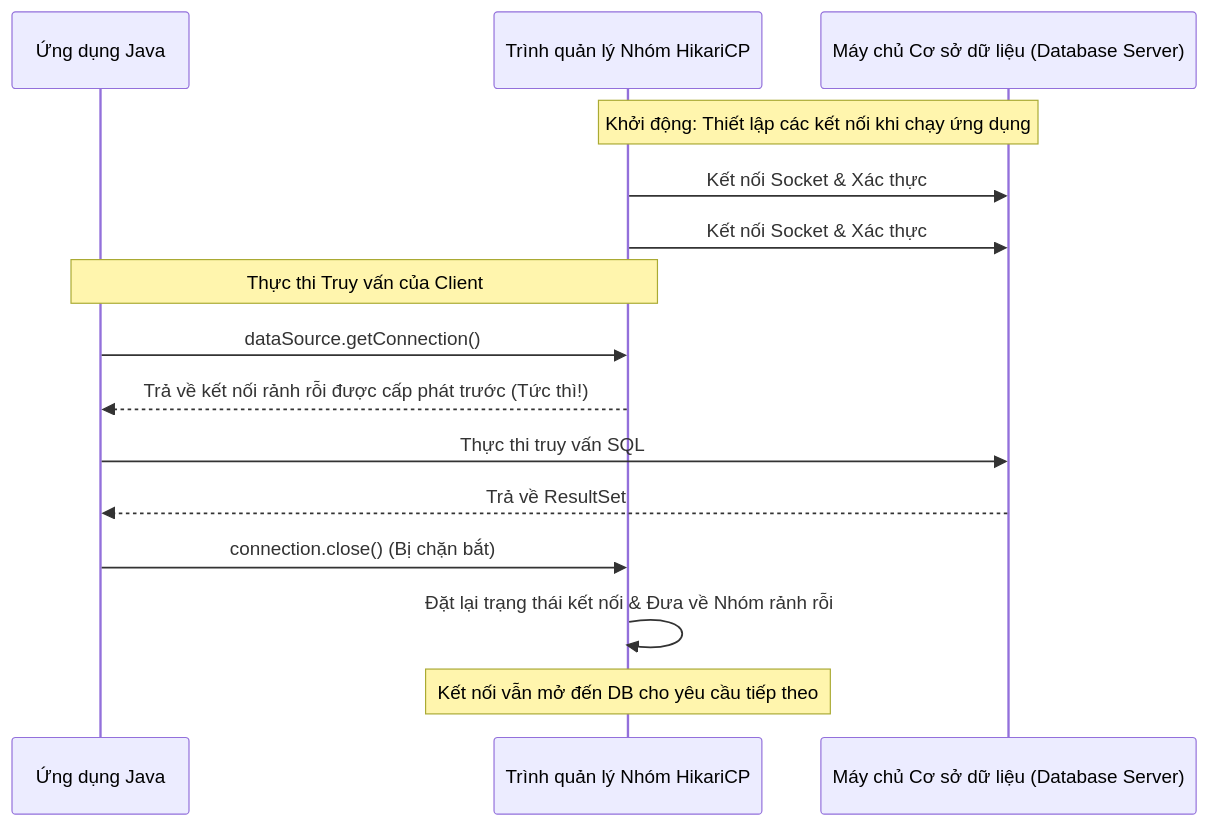
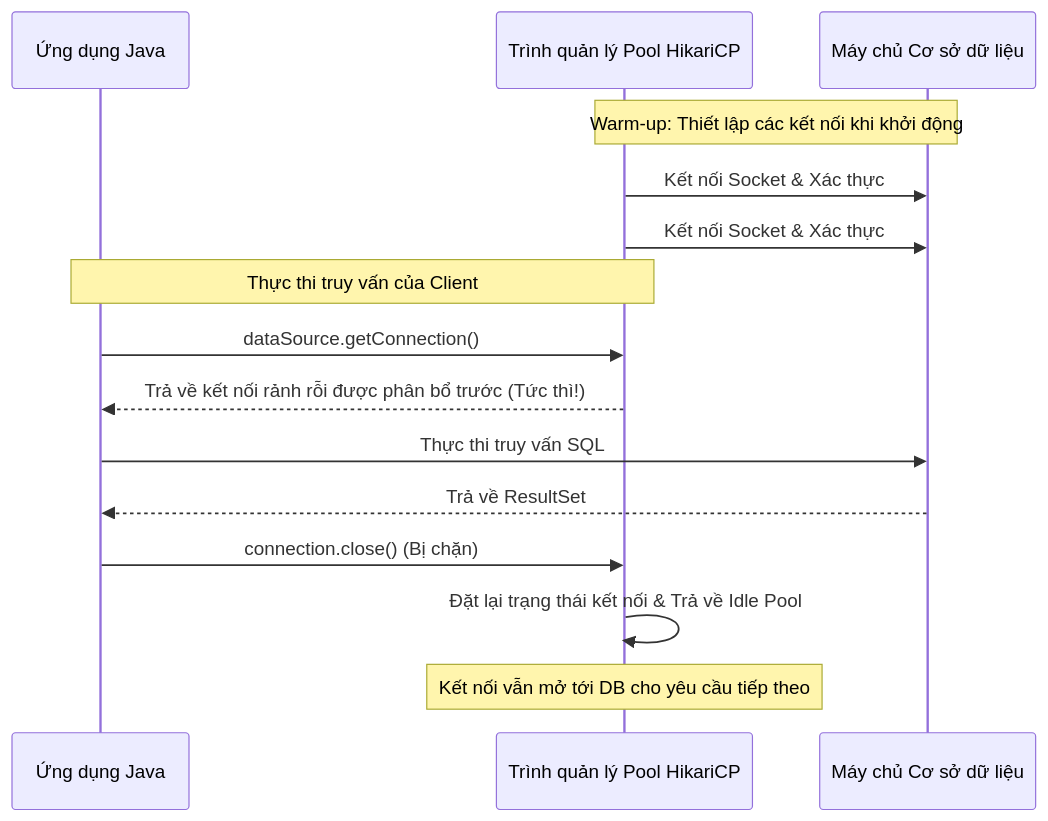
Before and after one commit to PhuThien2005/theoretical-of-java-core: the second of 2 diagrams in vi/34-jdbc/theory/02-rollback-concepts.md, drawn with Mermaid. The commit also changed other lines of this file and 229 other files, not shown here.

````diff
--- a/vi/34-jdbc/theory/02-rollback-concepts.md
+++ b/vi/34-jdbc/theory/02-rollback-concepts.md
@@ -253,19 +245,19 @@
 ```mermaid
 sequenceDiagram
     participant App as Ứng dụng Java
-    participant Pool as Trình quản lý Nhóm HikariCP
-    participant DB as Máy chủ Cơ sở dữ liệu (Database Server)
+    participant Pool as Trình quản lý Pool HikariCP
+    participant DB as Máy chủ Cơ sở dữ liệu
     
-    Note over Pool,DB: Khởi động: Thiết lập các kết nối khi chạy ứng dụng
+    Note over Pool,DB: Warm-up: Thiết lập các kết nối khi khởi động
     Pool->>DB: Kết nối Socket & Xác thực
     Pool->>DB: Kết nối Socket & Xác thực
     
-    Note over App,Pool: Thực thi Truy vấn của Client
+    Note over App,Pool: Thực thi truy vấn của Client
     App->>Pool: dataSource.getConnection()
-    Pool-->>App: Trả về kết nối rảnh rỗi được cấp phát trước (Tức thì!)
+    Pool-->>App: Trả về kết nối rảnh rỗi được phân bổ trước (Tức thì!)
     App->>DB: Thực thi truy vấn SQL
     DB-->>App: Trả về ResultSet
-    App->>Pool: connection.close() (Bị chặn bắt)
-    Pool->>Pool: Đặt lại trạng thái kết nối & Đưa về Nhóm rảnh rỗi
-    Note over Pool: Kết nối vẫn mở đến DB cho yêu cầu tiếp theo
+    App->>Pool: connection.close() (Bị chặn)
+    Pool->>Pool: Đặt lại trạng thái kết nối & Trả về Idle Pool
+    Note over Pool: Kết nối vẫn mở tới DB cho yêu cầu tiếp theo
 ```
````
